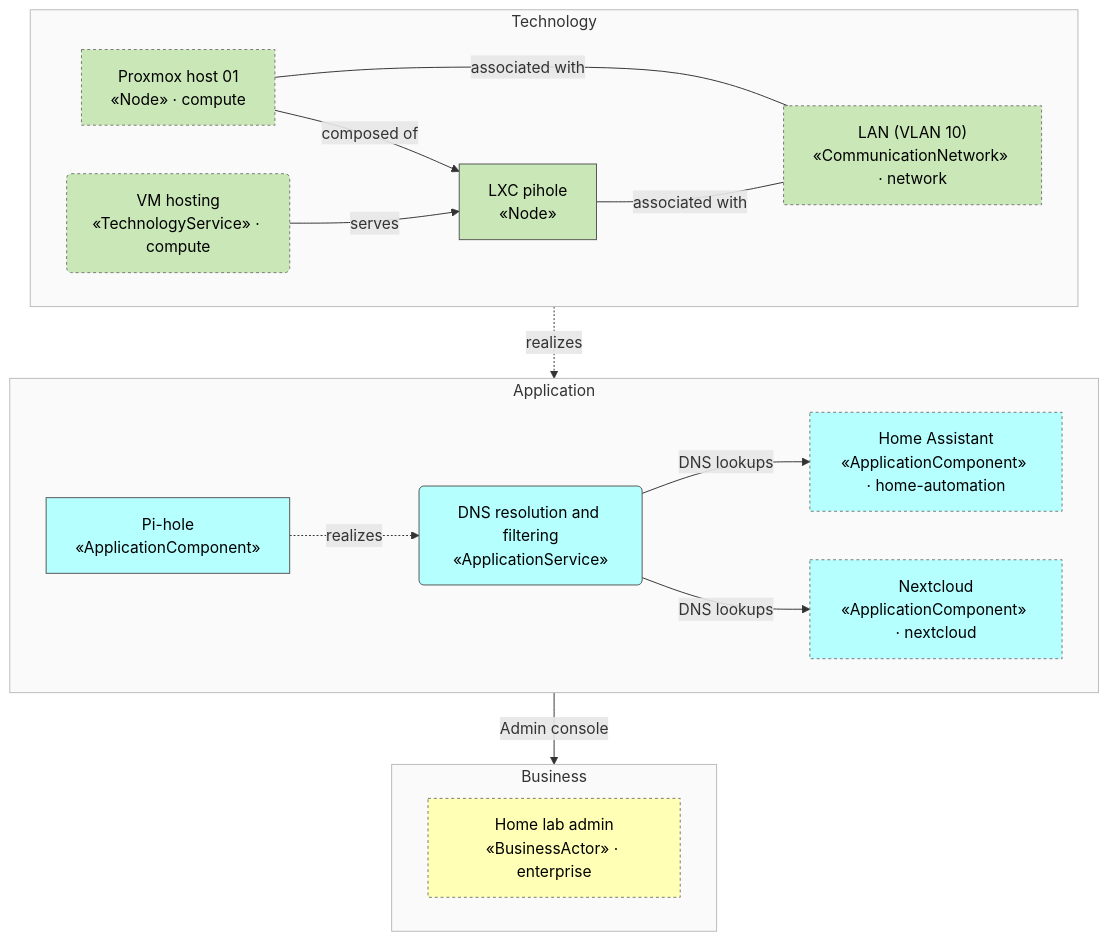
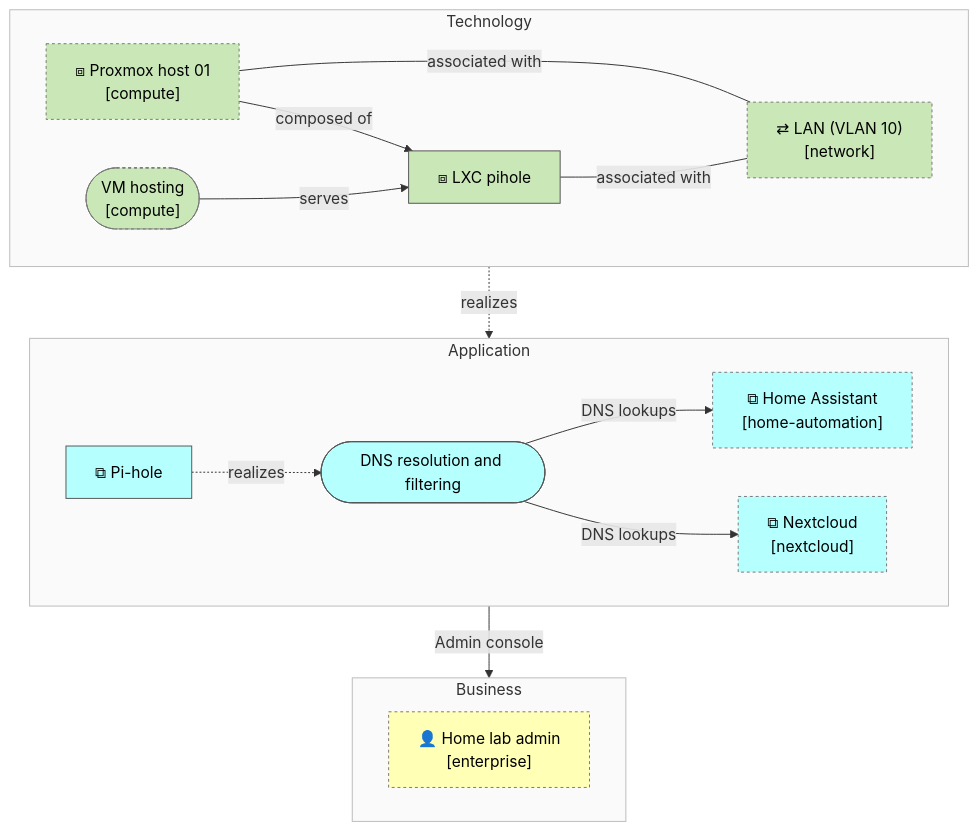
Before and after one commit to b-zig/a4m: the second of 3 diagrams in docs/dns/view-overview.md, drawn with Mermaid. The commit also changed other lines of this file and 15 other files, not shown here.

First line of the commit message:
Approximate ArchiMate notation in Mermaid flowcharts

````diff
--- a/docs/dns/view-overview.md
+++ b/docs/dns/view-overview.md
@@ -59,41 +61,41 @@
 ```mermaid
 flowchart TB
   subgraph layer_business["Business"]
     direction LR
-    enterprise__bus_admin["Home lab admin<br/>«BusinessActor» · enterprise"]
+    enterprise__bus_admin@{ shape: rect, label: "👤 Home lab admin<br/>[enterprise]" }
   end
   subgraph layer_application["Application"]
     direction LR
-    app_pihole["Pi-hole<br/>«ApplicationComponent»"]
-    app_svc_dns("DNS resolution and filtering<br/>«ApplicationService»")
-    home_automation__app_home_assistant["Home Assistant<br/>«ApplicationComponent» · home-automation"]
-    nextcloud__app_nextcloud["Nextcloud<br/>«ApplicationComponent» · nextcloud"]
+    app_pihole@{ shape: rect, label: "⧉ Pi-hole" }
+    app_svc_dns@{ shape: stadium, label: "DNS resolution and filtering" }
+    home_automation__app_home_assistant@{ shape: rect, label: "⧉ Home Assistant<br/>[home-automation]" }
+    nextcloud__app_nextcloud@{ shape: rect, label: "⧉ Nextcloud<br/>[nextcloud]" }
   end
   subgraph layer_technology["Technology"]
     direction LR
-    tech_lxc_pihole["LXC pihole<br/>«Node»"]
-    compute__tech_pve_01["Proxmox host 01<br/>«Node» · compute"]
-    compute__tech_svc_vm_hosting("VM hosting<br/>«TechnologyService» · compute")
-    network__tech_net_lan["LAN (VLAN 10)<br/>«CommunicationNetwork» · network"]
+    tech_lxc_pihole@{ shape: rect, label: "⧈ LXC pihole" }
+    compute__tech_pve_01@{ shape: rect, label: "⧈ Proxmox host 01<br/>[compute]" }
+    compute__tech_svc_vm_hosting@{ shape: stadium, label: "VM hosting<br/>[compute]" }
+    network__tech_net_lan@{ shape: rect, label: "⇄ LAN (VLAN 10)<br/>[network]" }
   end
   app_pihole -.->|"realizes"| app_svc_dns
   app_svc_dns -->|"Admin console"| enterprise__bus_admin
   tech_lxc_pihole -.->|"realizes"| app_pihole
   compute__tech_pve_01 -->|"composed of"| tech_lxc_pihole
   compute__tech_svc_vm_hosting -->|"serves"| tech_lxc_pihole
   tech_lxc_pihole ---|"associated with"| network__tech_net_lan
   compute__tech_pve_01 ---|"associated with"| network__tech_net_lan
   app_svc_dns -->|"DNS lookups"| home_automation__app_home_assistant
   app_svc_dns -->|"DNS lookups"| nextcloud__app_nextcloud
   classDef business fill:#FFFFB5,stroke:#555,color:#000
   class enterprise__bus_admin business
   style layer_business fill:#fafafa,stroke:#bbb
   classDef application fill:#B5FFFF,stroke:#555,color:#000
   class app_pihole,app_svc_dns,home_automation__app_home_assistant,nextcloud__app_nextcloud application
   style layer_application fill:#fafafa,stroke:#bbb
   classDef technology fill:#C9E7B7,stroke:#555,color:#000
   class tech_lxc_pihole,compute__tech_pve_01,compute__tech_svc_vm_hosting,network__tech_net_lan technology
   style layer_technology fill:#fafafa,stroke:#bbb
   classDef foreign stroke:#777,stroke-dasharray:3 3
   class compute__tech_pve_01,compute__tech_svc_vm_hosting,enterprise__bus_admin,home_automation__app_home_assistant,network__tech_net_lan,nextcloud__app_nextcloud foreign
 ```
````
